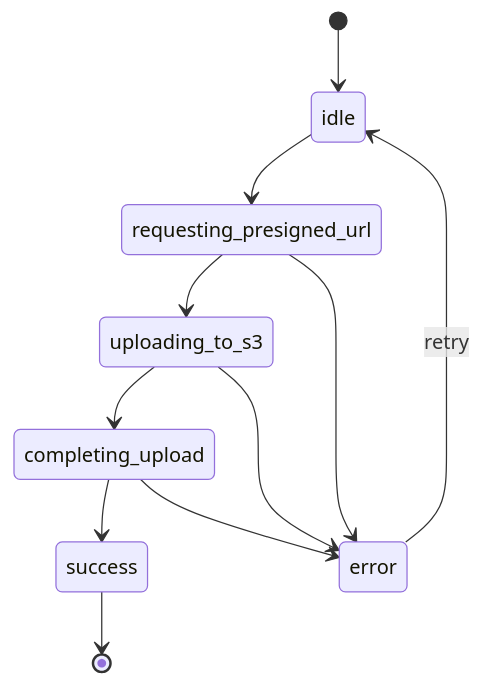
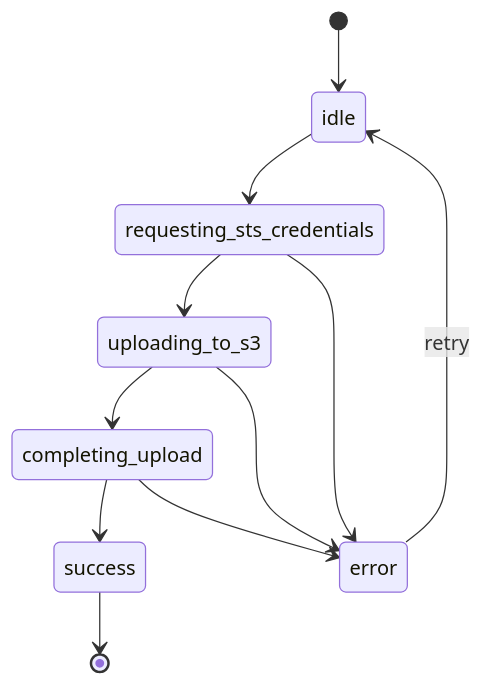
One commit to PlayProbie/client changed the diagram in .agent/instructions/game_streaming.md. Above: the diagram before and after it, drawn with Mermaid. The commit also changed other lines of this file and 27 other files, not shown here.

First line of the commit message:
feat: STS 기반 폴더 업로드 구현(Presigned URL 방식 대체)

````diff
--- a/.agent/instructions/game_streaming.md
+++ b/.agent/instructions/game_streaming.md
@@ -169,13 +169,13 @@
 ```mermaid
 stateDiagram-v2
     [*] --> idle
-    idle --> requesting_presigned_url
-    requesting_presigned_url --> uploading_to_s3
+    idle --> requesting_sts_credentials
+    requesting_sts_credentials --> uploading_to_s3
     uploading_to_s3 --> completing_upload
     completing_upload --> success
-    requesting_presigned_url --> error
+    requesting_sts_credentials --> error
     uploading_to_s3 --> error
     completing_upload --> error
     success --> [*]
     error --> idle : retry
 ```
````
